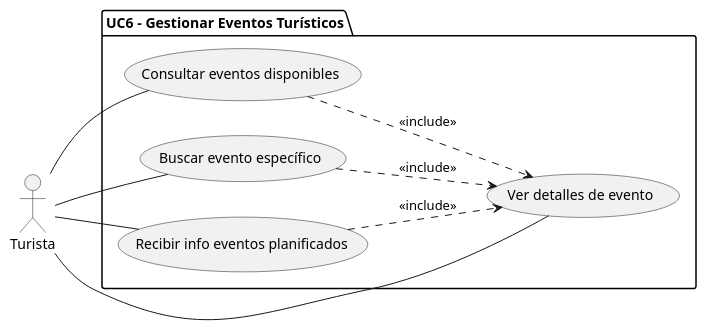
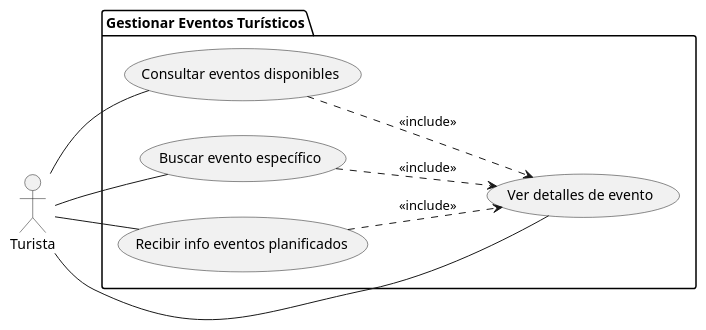
Before and after one commit to xdark-nessx20/SM-Xplore: the diagram in docs/modelos/uc-lvl-1/gestionar-eventos/turista-diagrama.puml, drawn with PlantUML. The commit also changed 7 other files, not shown here.

```diff
--- a/docs/modelos/uc-lvl-1/gestionar-eventos/turista-diagrama.puml
+++ b/docs/modelos/uc-lvl-1/gestionar-eventos/turista-diagrama.puml
@@ -1,22 +1,22 @@
 @startuml
 left to right direction
 
 actor Turista as T
 
-package "UC6 - Gestionar Eventos Turísticos" {
+package "Gestionar Eventos Turísticos" {
     usecase "Consultar eventos disponibles" as UC1
     usecase "Buscar evento específico" as UC2
     usecase "Recibir info eventos planificados" as UC3
     usecase "Ver detalles de evento" as UC4
 }
 
 T -- UC1
 T -- UC2
 T -- UC3
 T -- UC4
 
 UC1 ..> UC4 : <<include>>
 UC2 ..> UC4 : <<include>>
 UC3 ..> UC4 : <<include>>
 
 @enduml
```
